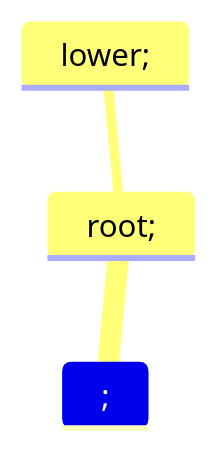
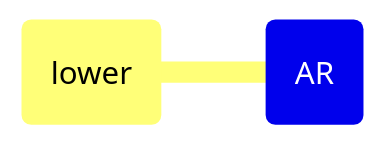
The diagram in README.md (seraphdoo/BuildingGun), drawn with Mermaid before and after one commit.

````diff
--- a/README.md
+++ b/README.md
@@ -3,6 +3,6 @@
 ```mermaid
 
-mindmap;
-  root;
-    lower;
+mindmap
+  root(AR)
+    lower(lower)
 ```
````
